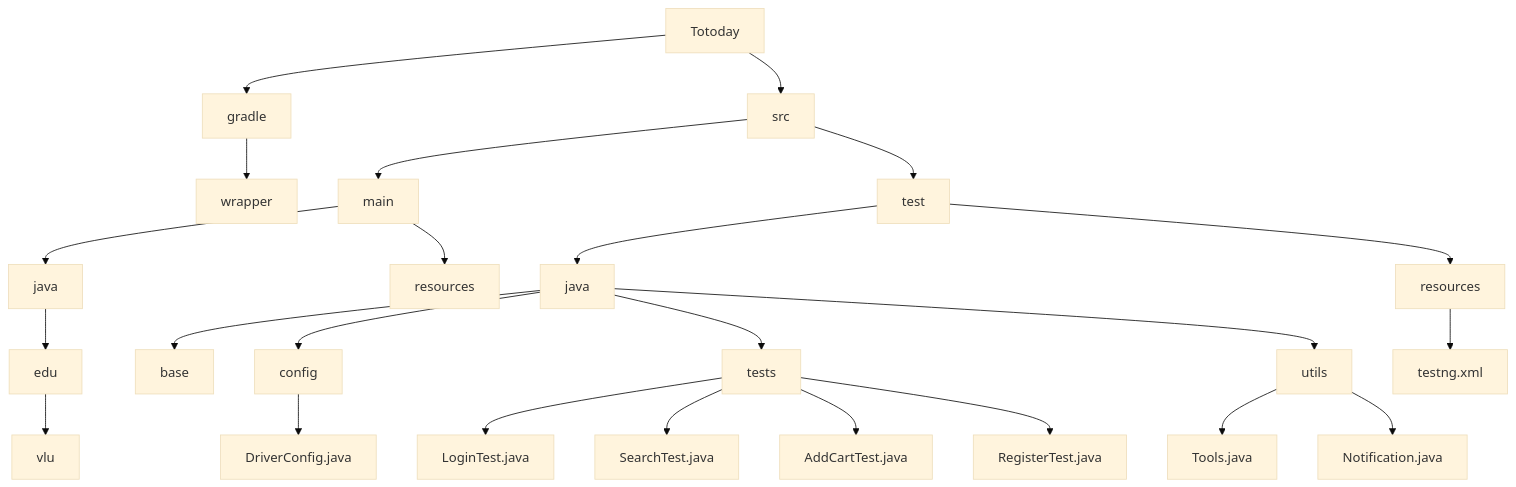
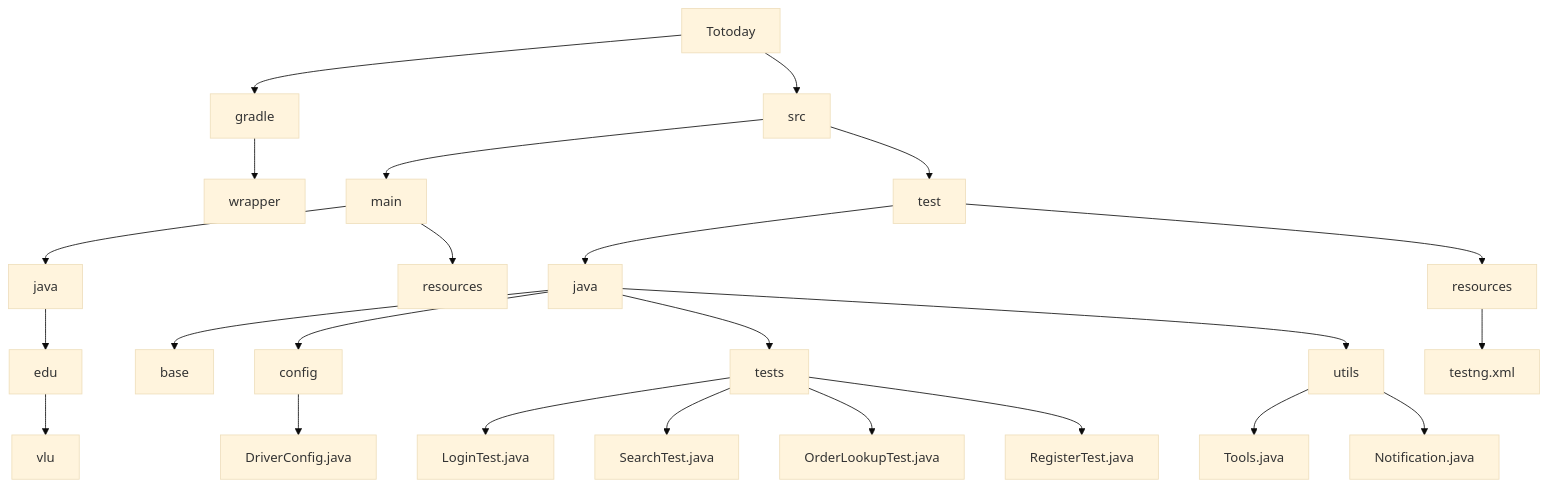
Before and after one commit to shinki04/TotodayWebTesting: the diagram in README.md, drawn with Mermaid (base theme).

````diff
--- a/README.md
+++ b/README.md
@@ -1,29 +1,29 @@
 ```mermaid
 graph TD;
     D[Totoday]
     D --> gradle;
     gradle --> wrapper;
     
     D --> src;
     src --> main;
     main --> java;
     java --> edu;
     edu --> vlu;
     main --> resources;
     
     src --> test;
     test --> java_test["java"];
     java_test --> base;
     java_test --> config;
     config --> DriverConfig.java
     java_test --> tests;
     tests --> LoginTest.java
     tests --> SearchTest.java
-    tests --> AddCartTest.java
+    tests --> OrderLookupTest.java
     tests --> RegisterTest.java
     java_test --> utils;
     utils --> Tools.java
     utils --> Notification.java
     test --> resources_test["resources"];
     resources_test --> testng.xml
 ```
````
